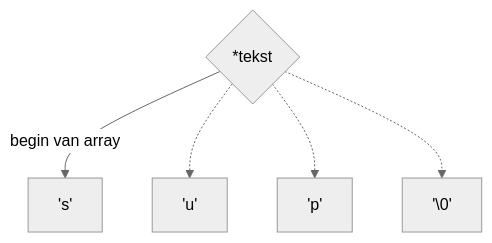
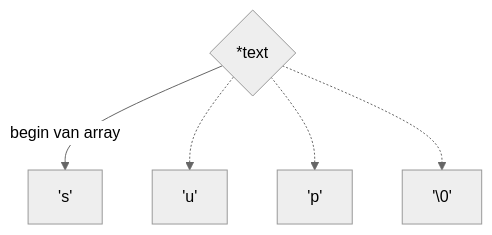
The seventh of 7 diagrams in content/ch3-pointers/pointers.md (KULeuven-Diepenbeek/osc-course), drawn with Mermaid (neutral theme) before and after one commit. The commit also changed other lines of this file and 6 other files, not shown here.

```diff
--- a/content/ch3-pointers/pointers.md
+++ b/content/ch3-pointers/pointers.md
@@ -302,8 +302,8 @@
 {{<mermaid>}}
 graph TD
-    A{*tekst}
+    A{*text}
     A-->|begin van array|C['s']
     A-.->D['u']
     A-.->E['p']
     A-.->F['\0']
 {{< /mermaid >}}
```
